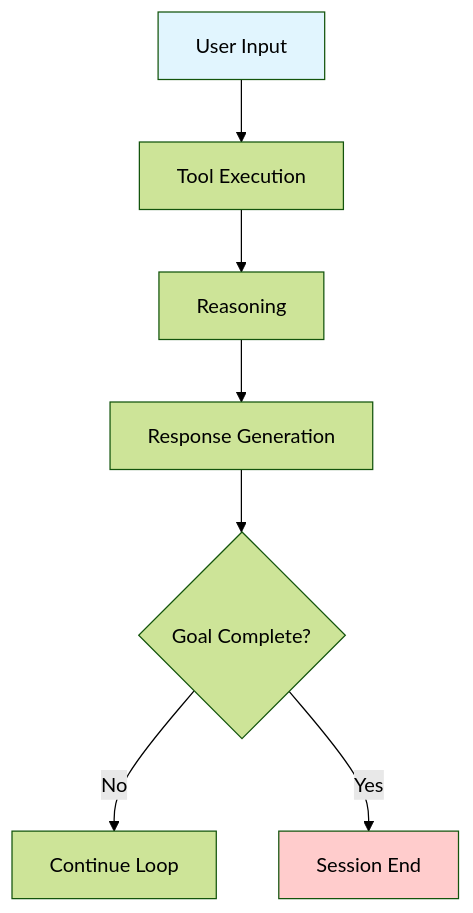
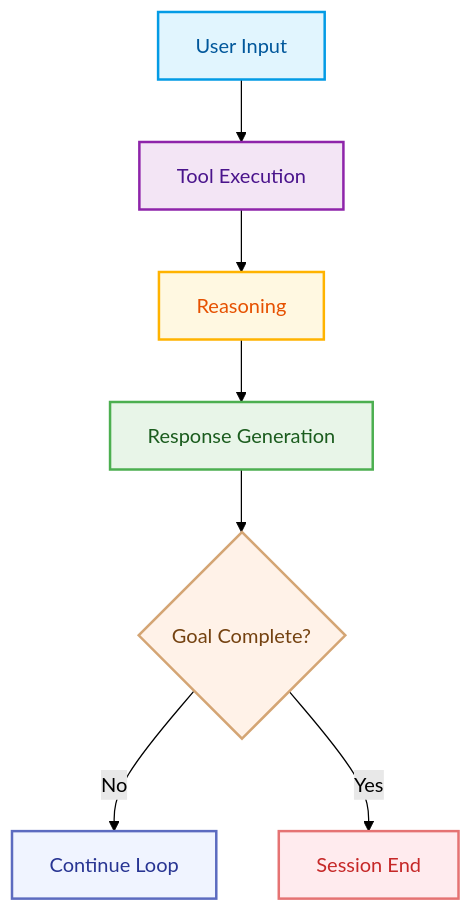
Before and after one commit to raphaelmansuy/digital_palace: the second of 17 diagrams in reference/technical-articles/2025-06-29-context-management-llm-agents.md, drawn with Mermaid (forest theme). The commit also changed other lines of this file, not shown here.

Commit message:
feat: enhance flowchart styles for improved visual clarity and consistency

````diff
--- a/reference/technical-articles/2025-06-29-context-management-llm-agents.md
+++ b/reference/technical-articles/2025-06-29-context-management-llm-agents.md
@@ -76,12 +80,17 @@
 ```mermaid
 flowchart TD
     A[User Input] --> B[Tool Execution]
     B --> C[Reasoning]
     C --> D[Response Generation]
     D --> E{Goal Complete?}
     E -->|No| F[Continue Loop]
     E -->|Yes| G[Session End]
     
-    style A fill:#e1f5fe
-    style G fill:#ffcccc
+    style A fill:#E1F5FE,stroke:#039BE5,stroke-width:2px,color:#01579B
+    style B fill:#F3E5F5,stroke:#8E24AA,stroke-width:2px,color:#4A148C
+    style C fill:#FFF8E1,stroke:#FFB300,stroke-width:2px,color:#E65100
+    style D fill:#E8F5E8,stroke:#4CAF50,stroke-width:2px,color:#1B5C1E
+    style E fill:#FFF2E8,stroke:#D4A574,stroke-width:2px,color:#744210
+    style F fill:#F0F4FF,stroke:#5C6BC0,stroke-width:2px,color:#283593
+    style G fill:#FFEBEE,stroke:#E57373,stroke-width:2px,color:#C62828
 ```
````
